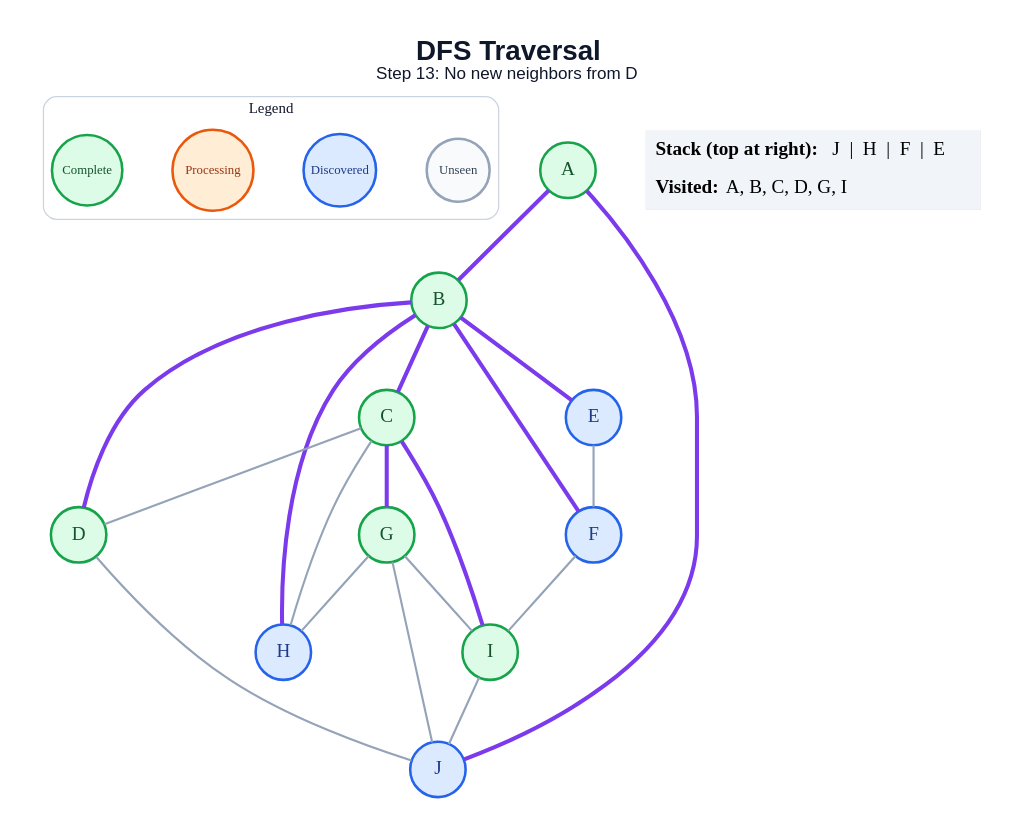
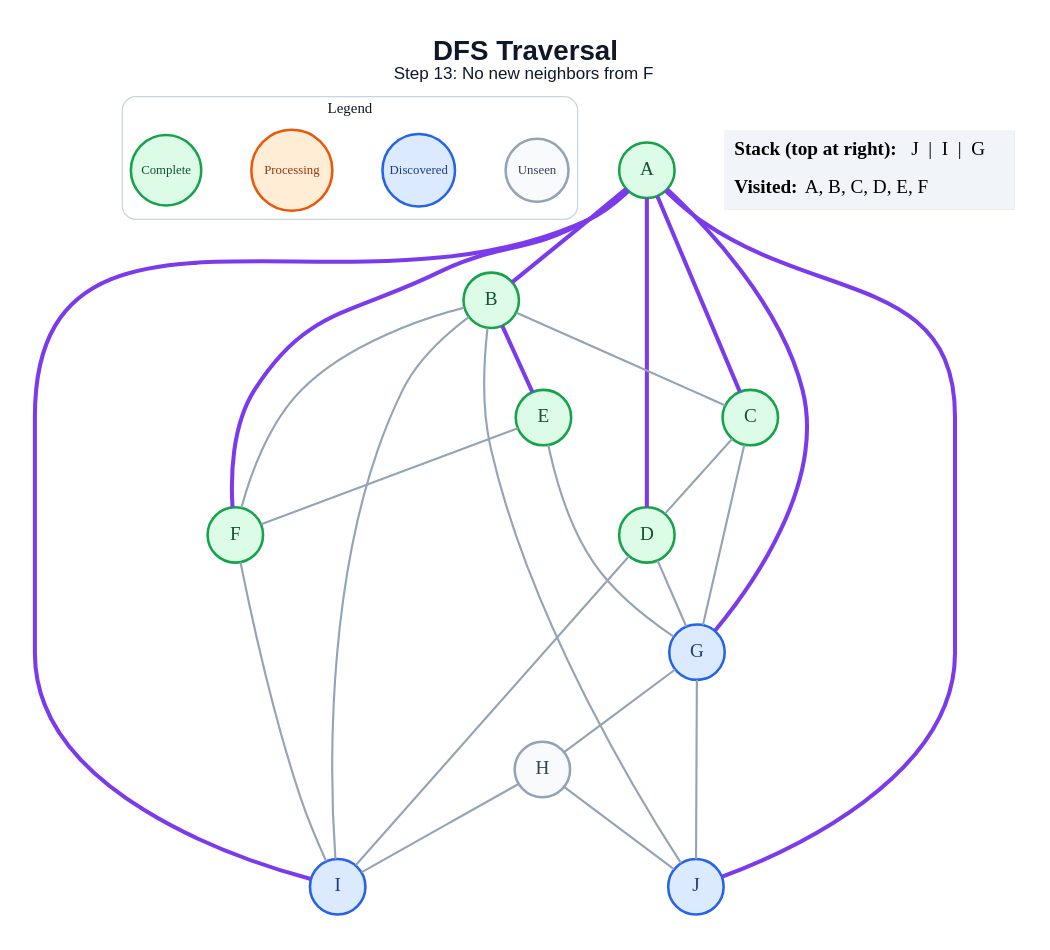
The diagram in generated/dfs/step_13.dot (anon7238593-create/ai-slop), drawn with Graphviz before and after one commit. The commit also changed 178 other files, not shown here.

```diff
--- a/generated/dfs/step_13.dot
+++ b/generated/dfs/step_13.dot
@@ -1,47 +1,52 @@
 graph traversal {
   graph [layout=dot, rankdir=TB, bgcolor="#FFFFFF", pad="0.35", nodesep="0.65", ranksep="0.8", fontname="Arial"];
   node [shape=circle, style="filled", fontname="Arial Bold", fontsize=18, width=0.72, fixedsize=true, penwidth=2.4];
   edge [color="#94A3B8", penwidth=2.0];
-  label=<<B>DFS Traversal</B><BR/><FONT POINT-SIZE="16">Step 13: No new neighbors from D</FONT>>; labelloc="t"; fontsize=26; fontname="Arial"; fontcolor="#0F172A";
+  label=<<B>DFS Traversal</B><BR/><FONT POINT-SIZE="16">Step 13: No new neighbors from F</FONT>>; labelloc="t"; fontsize=26; fontname="Arial"; fontcolor="#0F172A";
   subgraph cluster_legend { label="Legend"; color="#CBD5E1"; penwidth=1.2; style="rounded"; fontsize=14; fontname="Arial Bold";
     key_unseen [label="Unseen", fillcolor="#F8FAFC", color="#94A3B8", fontcolor="#334155", fontsize=12, width=0.82];
     key_frontier [label="Discovered", fillcolor="#DBEAFE", color="#2563EB", fontcolor="#1E3A8A", fontsize=12, width=0.95];
     key_current [label="Processing", fillcolor="#FFEDD5", color="#EA580C", fontcolor="#9A3412", fontsize=12, width=1.05];
     key_done [label="Complete", fillcolor="#DCFCE7", color="#16A34A", fontcolor="#14532D", fontsize=12, width=0.92];
     { rank=same; key_unseen; key_frontier; key_current; key_done; }
   }
   A [fillcolor="#DCFCE7", color="#16A34A", fontcolor="#14532D"];
   B [fillcolor="#DCFCE7", color="#16A34A", fontcolor="#14532D"];
   C [fillcolor="#DCFCE7", color="#16A34A", fontcolor="#14532D"];
   D [fillcolor="#DCFCE7", color="#16A34A", fontcolor="#14532D"];
-  E [fillcolor="#DBEAFE", color="#2563EB", fontcolor="#1E3A8A"];
-  F [fillcolor="#DBEAFE", color="#2563EB", fontcolor="#1E3A8A"];
-  G [fillcolor="#DCFCE7", color="#16A34A", fontcolor="#14532D"];
-  H [fillcolor="#DBEAFE", color="#2563EB", fontcolor="#1E3A8A"];
-  I [fillcolor="#DCFCE7", color="#16A34A", fontcolor="#14532D"];
+  E [fillcolor="#DCFCE7", color="#16A34A", fontcolor="#14532D"];
+  F [fillcolor="#DCFCE7", color="#16A34A", fontcolor="#14532D"];
+  G [fillcolor="#DBEAFE", color="#2563EB", fontcolor="#1E3A8A"];
+  H [fillcolor="#F8FAFC", color="#94A3B8", fontcolor="#334155"];
+  I [fillcolor="#DBEAFE", color="#2563EB", fontcolor="#1E3A8A"];
   J [fillcolor="#DBEAFE", color="#2563EB", fontcolor="#1E3A8A"];
   A -- B [color="#7C3AED", penwidth=3.8];
+  A -- C [color="#7C3AED", penwidth=3.8];
+  A -- D [color="#7C3AED", penwidth=3.8];
+  A -- F [color="#7C3AED", penwidth=3.8];
+  A -- G [color="#7C3AED", penwidth=3.8];
+  A -- I [color="#7C3AED", penwidth=3.8];
   A -- J [color="#7C3AED", penwidth=3.8];
-  B -- C [color="#7C3AED", penwidth=3.8];
-  B -- D [color="#7C3AED", penwidth=3.8];
+  B -- C;
   B -- E [color="#7C3AED", penwidth=3.8];
-  B -- F [color="#7C3AED", penwidth=3.8];
-  B -- H [color="#7C3AED", penwidth=3.8];
+  B -- F;
+  B -- I;
+  B -- J;
   C -- D;
-  C -- G [color="#7C3AED", penwidth=3.8];
-  C -- H;
-  C -- I [color="#7C3AED", penwidth=3.8];
-  D -- J;
+  C -- G;
+  D -- G;
+  D -- I;
   E -- F;
+  E -- G;
   F -- I;
   G -- H;
-  G -- I;
   G -- J;
-  I -- J;
+  H -- I;
+  H -- J;
   status [shape=plain, fixedsize=false, width=0, height=0, margin=0, label=<
     <TABLE BORDER="0" CELLBORDER="0" CELLPADDING="7" BGCOLOR="#F1F5F9">
-      <TR><TD ALIGN="LEFT"><B>Stack (top at right):</B> J  |  H  |  F  |  E</TD></TR>
-      <TR><TD ALIGN="LEFT"><B>Visited:</B> A, B, C, D, G, I</TD></TR>
+      <TR><TD ALIGN="LEFT"><B>Stack (top at right):</B> J  |  I  |  G</TD></TR>
+      <TR><TD ALIGN="LEFT"><B>Visited:</B> A, B, C, D, E, F</TD></TR>
     </TABLE>
   >];
 }
```
